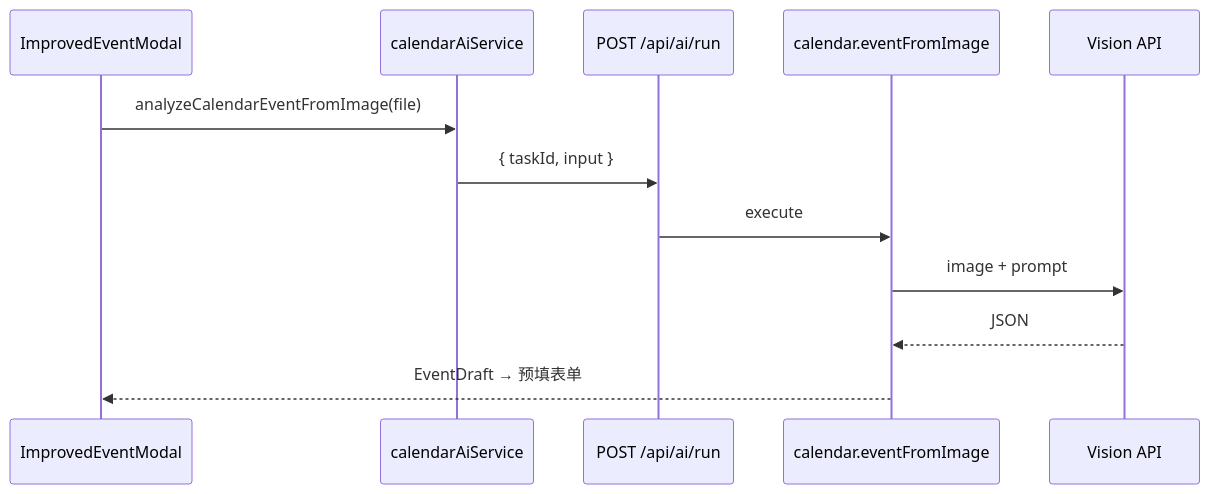
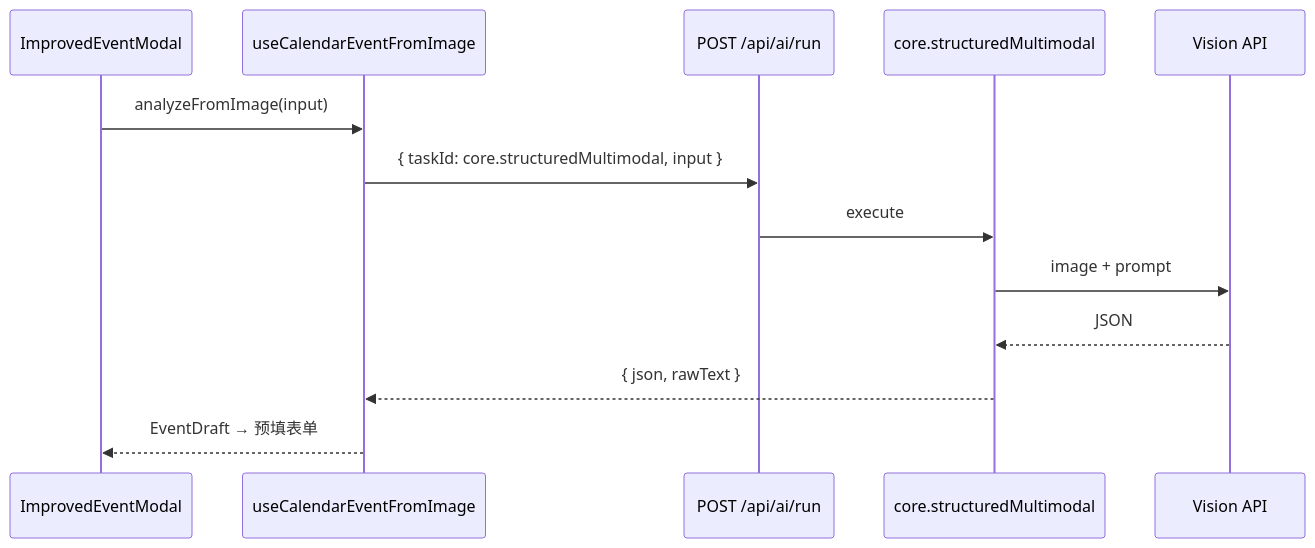
The diagram in src/modules/calendar/DEVELOPMENT-AI-IMAGE.md (qxdqhr/profile-v1), drawn with Mermaid before and after one commit. The commit also changed other lines of this file and 9 other files, not shown here.

First line of the commit message:
refactor(calendar): 日历识图改用 sa2kit core.structuredMultimodal

````diff
--- a/src/modules/calendar/DEVELOPMENT-AI-IMAGE.md
+++ b/src/modules/calendar/DEVELOPMENT-AI-IMAGE.md
@@ -14,15 +15,16 @@
 ```mermaid
 sequenceDiagram
   participant UI as ImprovedEventModal
-  participant Cal as calendarAiService
+  participant Hook as useCalendarEventFromImage
   participant API as POST /api/ai/run
-  participant Task as calendar.eventFromImage
+  participant Task as core.structuredMultimodal
   participant LLM as Vision API
 
-  UI->>Cal: analyzeCalendarEventFromImage(file)
-  Cal->>API: { taskId, input }
+  UI->>Hook: analyzeFromImage(input)
+  Hook->>API: { taskId: core.structuredMultimodal, input }
   API->>Task: execute
   Task->>LLM: image + prompt
   LLM-->>Task: JSON
-  Task-->>UI: EventDraft → 预填表单
+  Task-->>Hook: { json, rawText }
+  Hook-->>UI: EventDraft → 预填表单
 ```
````
